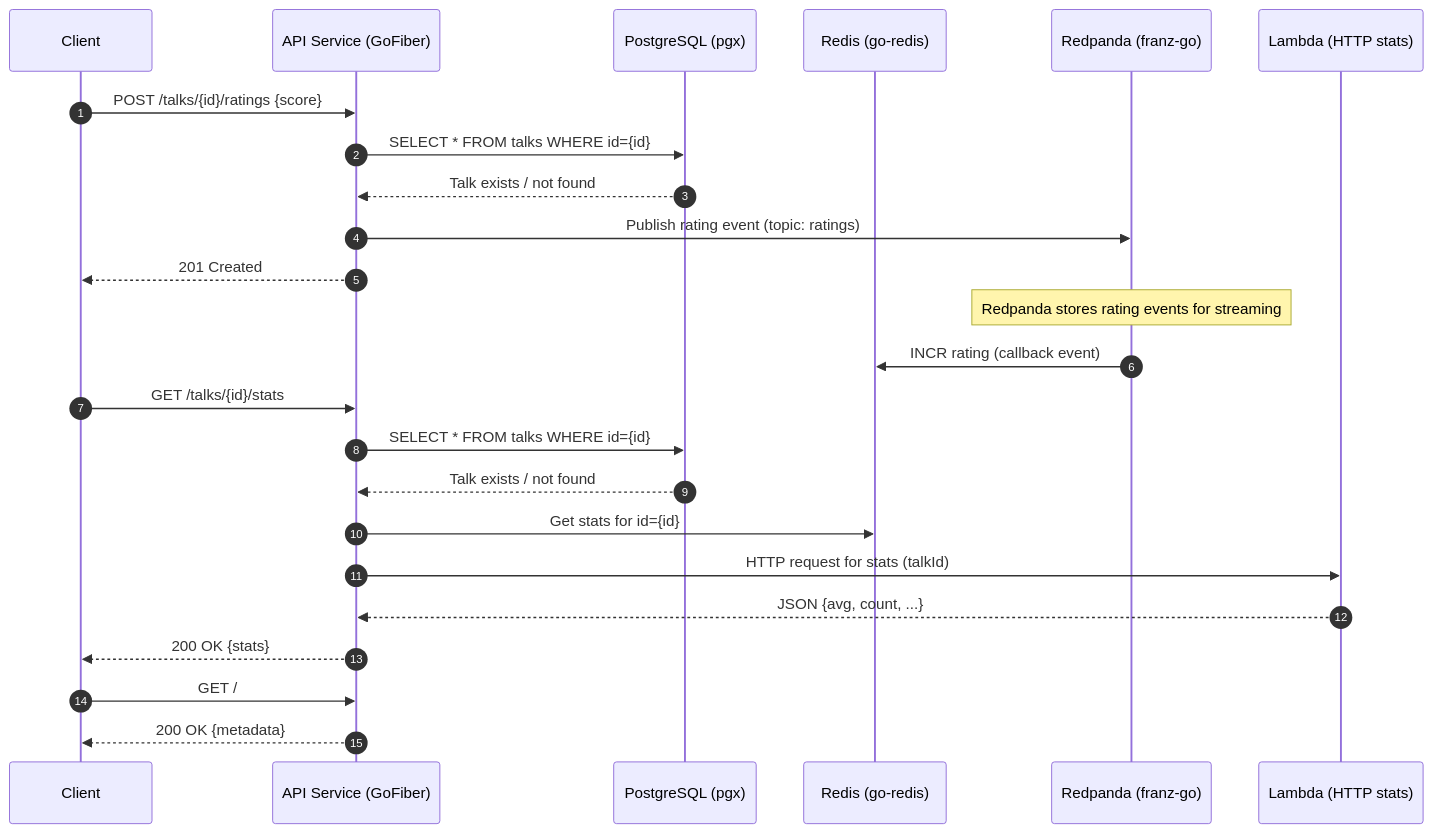
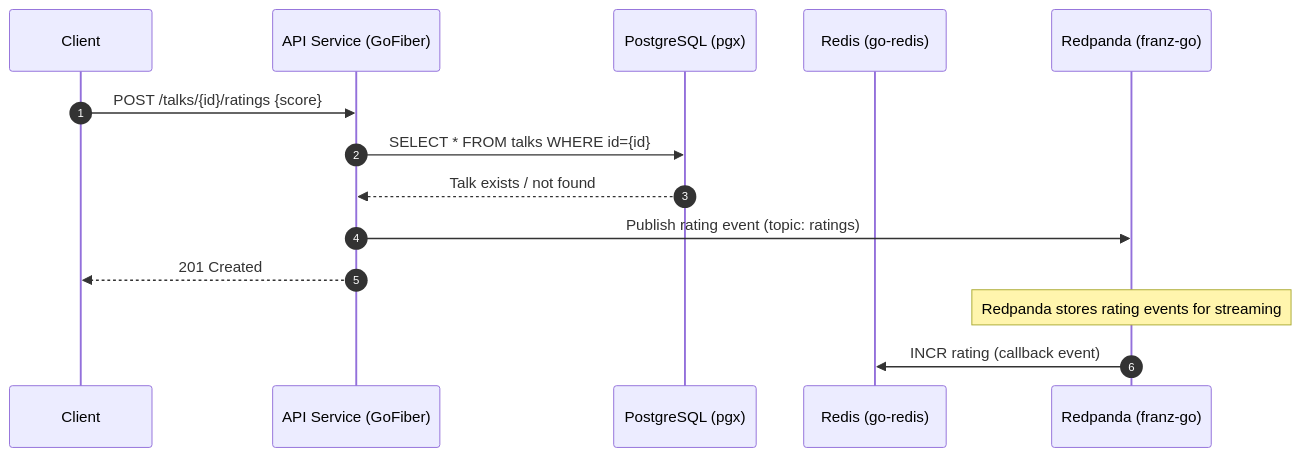
The second of 4 diagrams in step-2-exploring-the-app.md (testcontainers/workshop-go), drawn with Mermaid before and after one commit. The commit also changed other lines of this file, not shown here.

Commit message:
docs: split sequence diagrams in three

````diff
--- a/step-2-exploring-the-app.md
+++ b/step-2-exploring-the-app.md
@@ -77,27 +79,17 @@
 ```mermaid
 sequenceDiagram
   participant Client as Client
   participant API as API Service (GoFiber)
   participant PG as PostgreSQL (pgx)
   participant RD as Redis (go-redis)
   participant RP as Redpanda (franz-go)
-  participant L as Lambda (HTTP stats)
 
   autonumber
   Client ->> API: POST /talks/{id}/ratings {score}
   API ->> PG: SELECT * FROM talks WHERE id={id}
   PG -->> API: Talk exists / not found
   API ->> RP: Publish rating event (topic: ratings)
   API -->> Client: 201 Created
   Note over RP: Redpanda stores rating events for streaming
   RP ->> RD: INCR rating (callback event)
-  Client ->> API: GET /talks/{id}/stats
-  API ->> PG: SELECT * FROM talks WHERE id={id}
-  PG -->> API: Talk exists / not found
-  API ->> RD: Get stats for id={id}
-  API ->> L: HTTP request for stats (talkId)
-  L -->> API: JSON {avg, count, ...}
-  API -->> Client: 200 OK {stats}
-  Client ->> API: GET /
-  API -->> Client: 200 OK {metadata}
 ```
````
